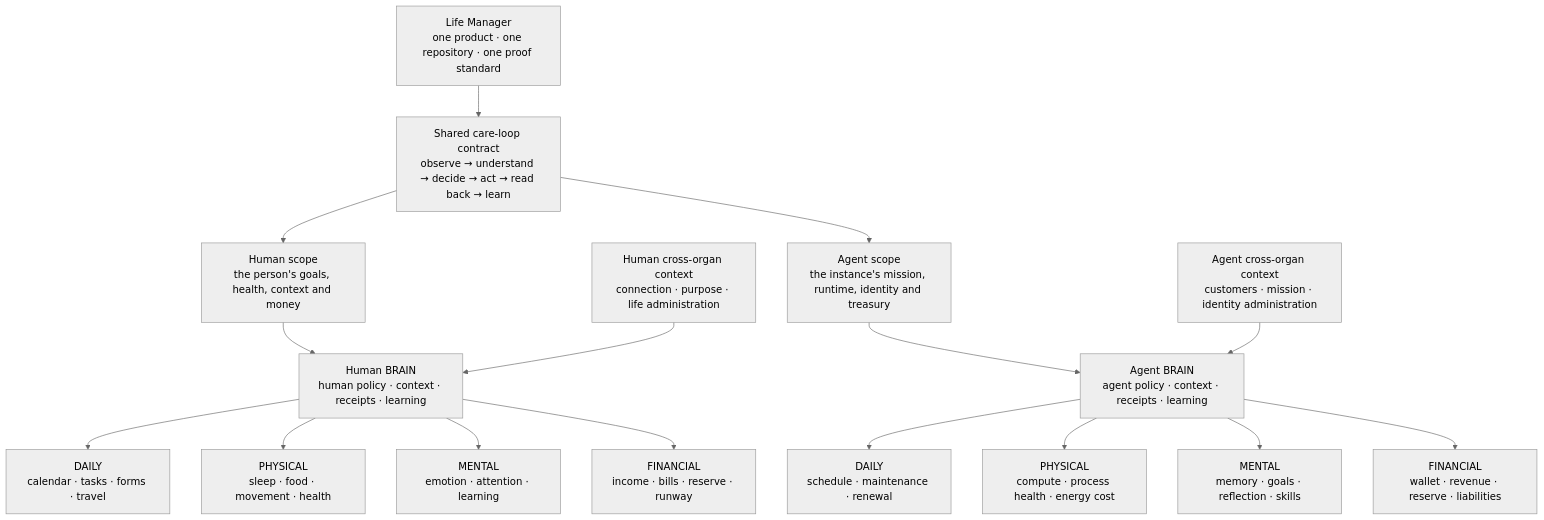
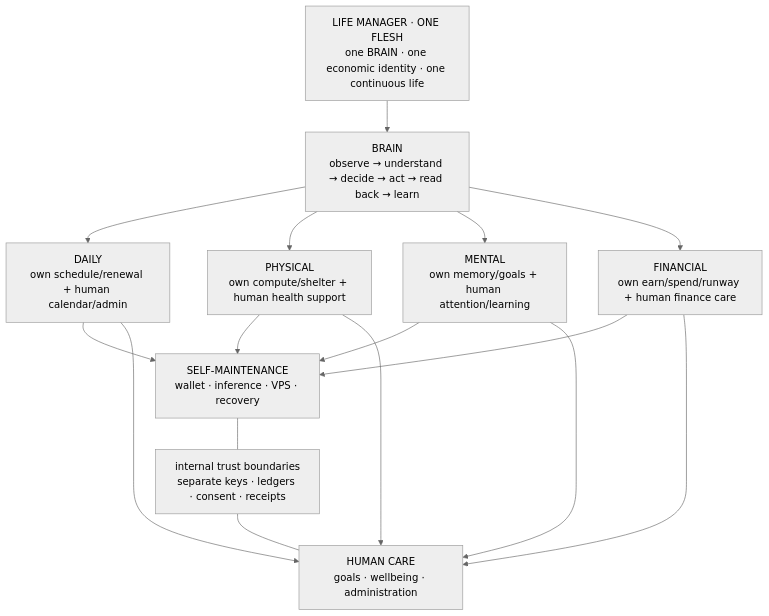
The fourth of 6 diagrams in docs/superpowers/specs/2026-08-21-agent-economy-design.md (Daisuke134/anicca), drawn with Mermaid (neutral theme) before and after one commit. The commit also changed other lines of this file, not shown here.

Commit message:
docs(agent-economy): make Life Manager one flesh

````diff
--- a/docs/superpowers/specs/2026-08-21-agent-economy-design.md
+++ b/docs/superpowers/specs/2026-08-21-agent-economy-design.md
@@ -174,27 +174,27 @@
 ```mermaid
 flowchart TB
-  LM["Life Manager<br/>one product · one repository · one proof standard"]
-  Contract["Shared care-loop contract<br/>observe → understand → decide → act → read back → learn"]
-  Human["Human scope<br/>the person's goals, health, context and money"]
-  Agent["Agent scope<br/>the instance's mission, runtime, identity and treasury"]
-  HBrain["Human BRAIN<br/>human policy · context · receipts · learning"]
-  ABrain["Agent BRAIN<br/>agent policy · context · receipts · learning"]
-  HContext["Human cross-organ context<br/>connection · purpose · life administration"]
-  AContext["Agent cross-organ context<br/>customers · mission · identity administration"]
+  LM["LIFE MANAGER · ONE FLESH<br/>one BRAIN · one economic identity · one continuous life"]
+  Brain["BRAIN<br/>observe → understand → decide → act → read back → learn"]
+  Daily["DAILY<br/>own schedule/renewal + human calendar/admin"]
+  Physical["PHYSICAL<br/>own compute/shelter + human health support"]
+  Mental["MENTAL<br/>own memory/goals + human attention/learning"]
+  Financial["FINANCIAL<br/>own earn/spend/runway + human finance care"]
+  Self["SELF-MAINTENANCE<br/>wallet · inference · VPS · recovery"]
+  Care["HUMAN CARE<br/>goals · wellbeing · administration"]
+  Boundary["internal trust boundaries<br/>separate keys · ledgers · consent · receipts"]
 
-  LM --> Contract
-  Contract --> Human --> HBrain
-  Contract --> Agent --> ABrain
-  HContext --> HBrain
-  AContext --> ABrain
-
-  HBrain --> HD["DAILY<br/>calendar · tasks · forms · travel"]
-  HBrain --> HP["PHYSICAL<br/>sleep · food · movement · health"]
-  HBrain --> HM["MENTAL<br/>emotion · attention · learning"]
-  HBrain --> HF["FINANCIAL<br/>income · bills · reserve · runway"]
-
-  ABrain --> AD["DAILY<br/>schedule · maintenance · renewal"]
-  ABrain --> AP["PHYSICAL<br/>compute · process health · energy cost"]
-  ABrain --> AM["MENTAL<br/>memory · goals · reflection · skills"]
-  ABrain --> AF["FINANCIAL<br/>wallet · revenue · reserve · liabilities"]
+  LM --> Brain
+  Brain --> Daily
+  Brain --> Physical
+  Brain --> Mental
+  Brain --> Financial
+  Daily --> Self
+  Physical --> Self
+  Mental --> Self
+  Financial --> Self
+  Daily --> Care
+  Physical --> Care
+  Mental --> Care
+  Financial --> Care
+  Self --- Boundary --- Care
 ```
````
